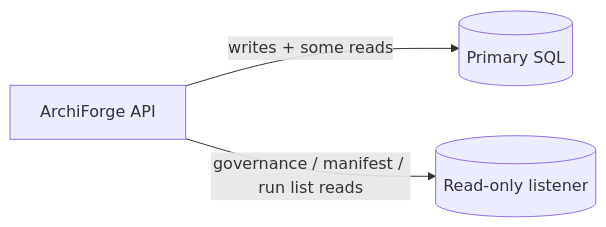
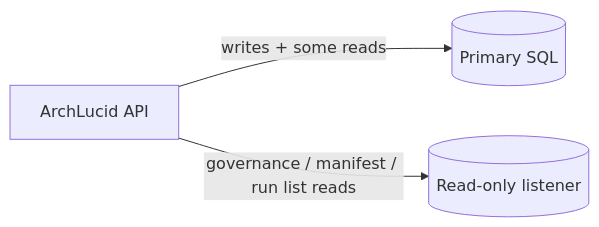
One commit to joefrancisGA/ArchLucid changed the diagram in docs/SQL_TOP5_QUERY_PLANS.md. Above: the diagram before and after it, drawn with Mermaid. The commit also changed 153 other files, not shown here.

````diff
--- a/docs/SQL_TOP5_QUERY_PLANS.md
+++ b/docs/SQL_TOP5_QUERY_PLANS.md
@@ -20,8 +20,8 @@
 ```mermaid
 flowchart LR
-  API[ArchiForge API]
+  API[ArchLucid API]
   Primary[(Primary SQL)]
   RO[(Read-only listener)]
   API -->|writes + some reads| Primary
   API -->|governance / manifest / run list reads| RO
 ```
````
